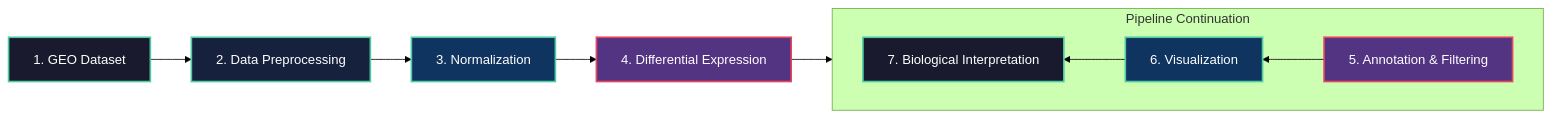
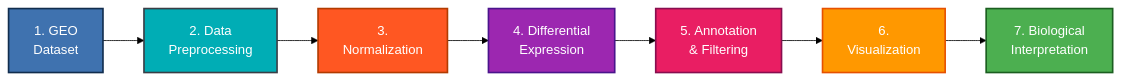
One commit to JoseManurung/PDAC-PNI-Transcriptomics-Analysis changed the diagram in README.md. Above: the diagram before and after it, drawn with Mermaid (forest theme). The commit also changed other lines of this file, not shown here.

````diff
--- a/README.md
+++ b/README.md
@@ -85,26 +80,18 @@
 ```mermaid
 graph LR
-    %% Top Row: Steps 1 to 4 (Left to Right)
-    S1[1. GEO Dataset] --> S2[2. Data Preprocessing]
-    S2 --> S3[3. Normalization]
-    S3 --> S4[4. Differential Expression]
+    S1[1. GEO<br/>Dataset] --> S2[2. Data<br/>Preprocessing]
+    S2 --> S3[3.<br/>Normalization]
+    S3 --> S4[4. Differential<br/>Expression]
+    S4 --> S5[5. Annotation<br/>& Filtering]
+    S5 --> S6[6.<br/>Visualization]
+    S6 --> S7[7. Biological<br/>Interpretation]
 
-    %% Vertical Connector to Bottom Row
-    S4 --> S5
-
-    %% Bottom Row: Steps 5 to 7 (Right to Left flow)
-    subgraph Pipeline Continuation
-        direction RL
-        S5[5. Annotation & Filtering] --> S6[6. Visualization]
-        S6 --> S7[7. Biological Interpretation]
-    end
-
-    %% Professional Color Styling
-    style S1 fill:#1a1a2e,color:#fff,stroke:#4ecca3,stroke-width:2px
-    style S2 fill:#16213e,color:#fff,stroke:#4ecca3,stroke-width:2px
-    style S3 fill:#0f3460,color:#fff,stroke:#4ecca3,stroke-width:2px
-    style S4 fill:#533483,color:#fff,stroke:#e94560,stroke-width:2px
-    style S5 fill:#533483,color:#fff,stroke:#e94560,stroke-width:2px
-    style S6 fill:#0f3460,color:#fff,stroke:#4ecca3,stroke-width:2px
-    style S7 fill:#1a1a2e,color:#fff,stroke:#4ecca3,stroke-width:2px
+    %% Creative Colorful Styling for Each Step
+    style S1 fill:#3f72af,color:#fff,stroke:#112d4e,stroke-width:2px
+    style S2 fill:#00adb5,color:#fff,stroke:#393e46,stroke-width:2px
+    style S3 fill:#ff5722,color:#fff,stroke:#b23b00,stroke-width:2px
+    style S4 fill:#9c27b0,color:#fff,stroke:#4a148c,stroke-width:2px
+    style S5 fill:#e91e63,color:#fff,stroke:#880e4f,stroke-width:2px
+    style S6 fill:#ff9800,color:#fff,stroke:#e65100,stroke-width:2px
+    style S7 fill:#4caf50,color:#fff,stroke:#1b5e20,stroke-width:2px
 ```
````
